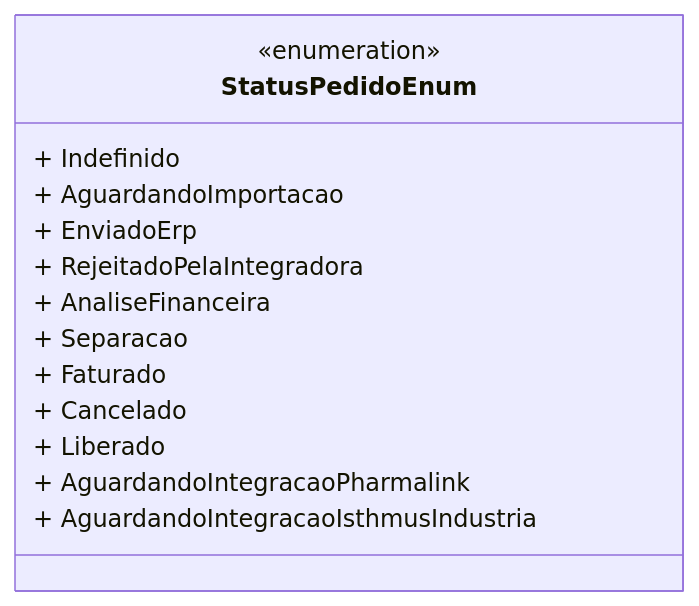
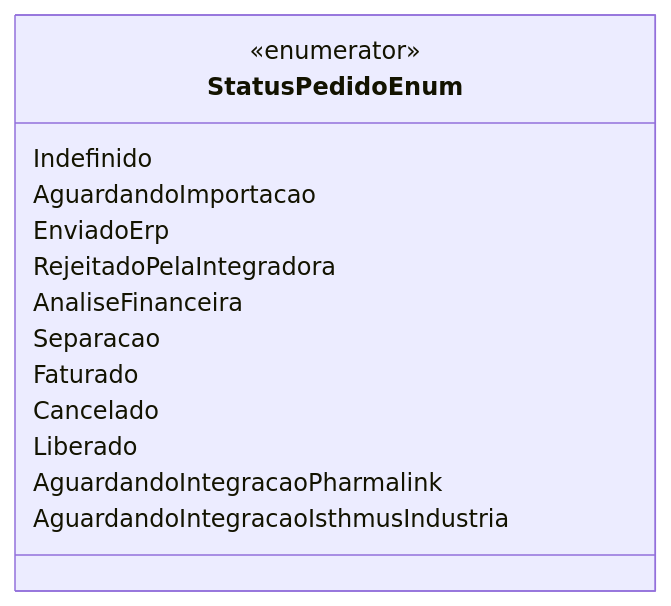
One commit to IsthmusSistemas/documentacao-tecnica changed the diagram in docs/b2b-dominio/IsthmusWinthor.Nucleo/IsthmusWinthor.Dominio/Enumeradores/StatusPedidoEnum.md. Above: the diagram before and after it, drawn with Mermaid. The commit also changed other lines of this file and 882 other files, not shown here.

````diff
--- a/docs/b2b-dominio/IsthmusWinthor.Nucleo/IsthmusWinthor.Dominio/Enumeradores/StatusPedidoEnum.md
+++ b/docs/b2b-dominio/IsthmusWinthor.Nucleo/IsthmusWinthor.Dominio/Enumeradores/StatusPedidoEnum.md
@@ -12,17 +12,17 @@
 ```mermaid
 classDiagram
     class StatusPedidoEnum {
-        <<enumeration>>
-        + Indefinido
-        + AguardandoImportacao
-        + EnviadoErp
-        + RejeitadoPelaIntegradora
-        + AnaliseFinanceira
-        + Separacao
-        + Faturado
-        + Cancelado
-        + Liberado
-        + AguardandoIntegracaoPharmalink
-        + AguardandoIntegracaoIsthmusIndustria
+        <<enumerator>>
+        Indefinido
+        AguardandoImportacao
+        EnviadoErp
+        RejeitadoPelaIntegradora
+        AnaliseFinanceira
+        Separacao
+        Faturado
+        Cancelado
+        Liberado
+        AguardandoIntegracaoPharmalink
+        AguardandoIntegracaoIsthmusIndustria
     }
 ```
````
